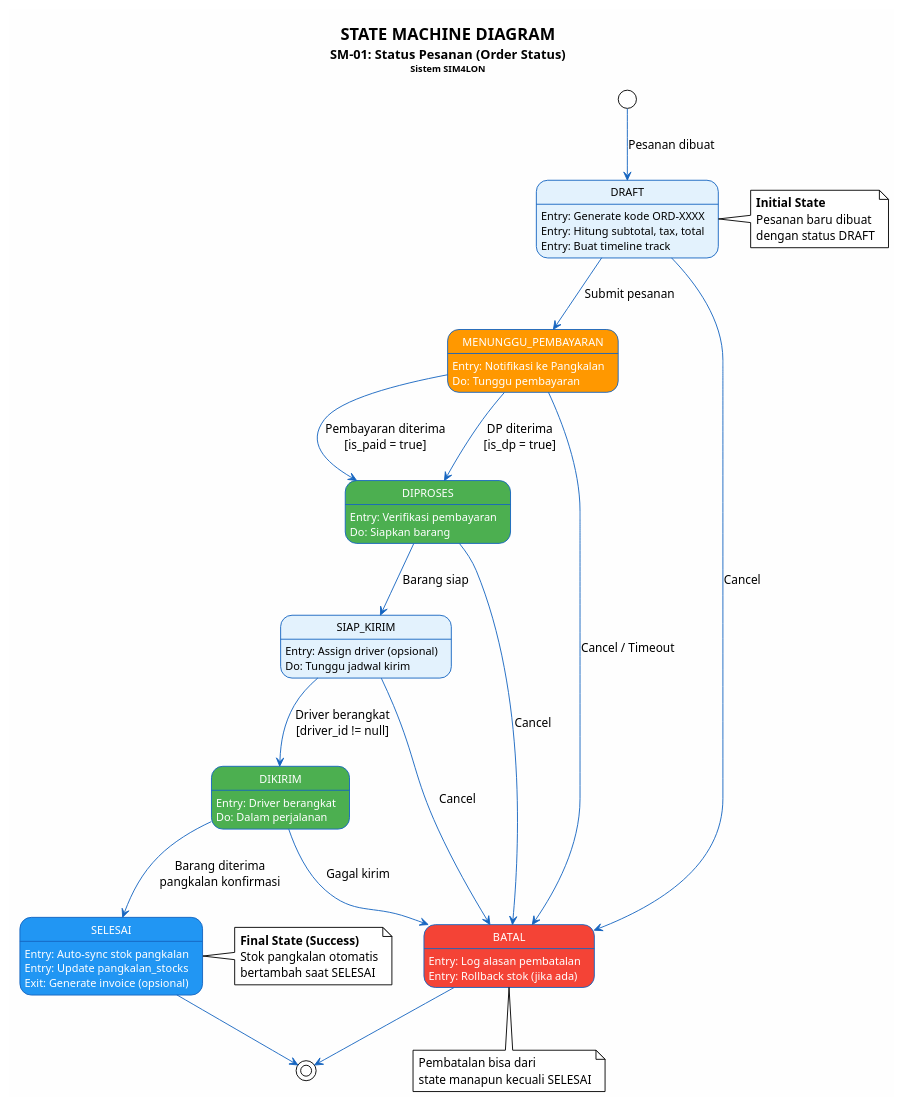
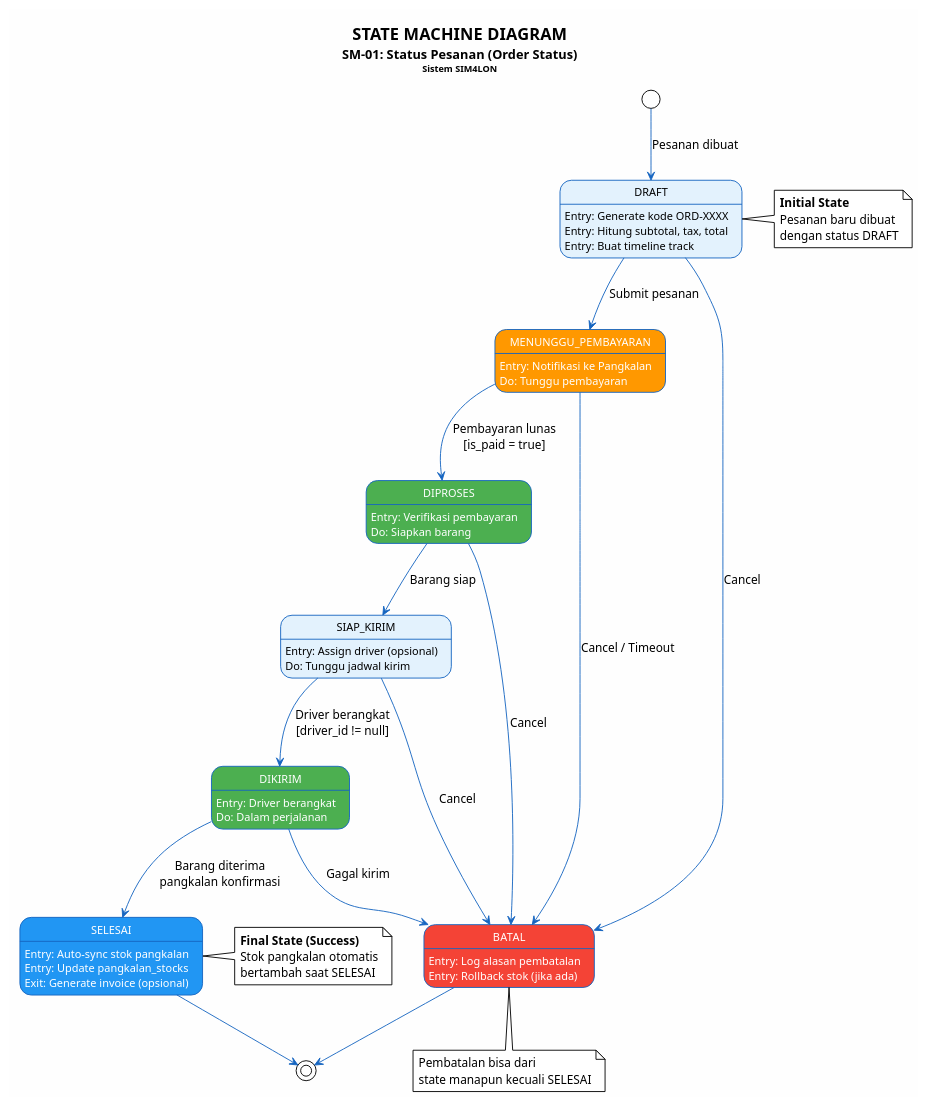
Before and after one commit to xinnxz/sim4lon: the diagram in diagrams/SM_01_StatusPesanan.puml, drawn with PlantUML. The commit also changed 97 other files, not shown here.

```diff
--- a/diagrams/SM_01_StatusPesanan.puml
+++ b/diagrams/SM_01_StatusPesanan.puml
@@ -1,96 +1,95 @@
 @startuml SM_01_OrderStatus
 !theme plain
 skinparam backgroundColor #FEFEFE
 skinparam state {
     BackgroundColor #E3F2FD
     BorderColor #1565C0
     FontSize 12
     ArrowColor #1565C0
 }
 
 skinparam state {
     BackgroundColor<<active>> #4CAF50
     FontColor<<active>> white
     BackgroundColor<<warning>> #FF9800
     FontColor<<warning>> white
     BackgroundColor<<danger>> #F44336
     FontColor<<danger>> white
     BackgroundColor<<success>> #2196F3
     FontColor<<success>> white
 }
 
 title <size:18>**STATE MACHINE DIAGRAM**</size>\n<size:14>SM-01: Status Pesanan (Order Status)</size>\n<size:10>Sistem SIM4LON</size>
 
 [*] --> DRAFT : Pesanan dibuat
 
 state DRAFT {
     DRAFT : Entry: Generate kode ORD-XXXX
     DRAFT : Entry: Hitung subtotal, tax, total
     DRAFT : Entry: Buat timeline track
 }
 
 state MENUNGGU_PEMBAYARAN <<warning>> {
     MENUNGGU_PEMBAYARAN : Entry: Notifikasi ke Pangkalan
     MENUNGGU_PEMBAYARAN : Do: Tunggu pembayaran
 }
 
 state DIPROSES <<active>> {
     DIPROSES : Entry: Verifikasi pembayaran
     DIPROSES : Do: Siapkan barang
 }
 
 state SIAP_KIRIM {
     SIAP_KIRIM : Entry: Assign driver (opsional)
     SIAP_KIRIM : Do: Tunggu jadwal kirim
 }
 
 state DIKIRIM <<active>> {
     DIKIRIM : Entry: Driver berangkat
     DIKIRIM : Do: Dalam perjalanan
 }
 
 state SELESAI <<success>> {
     SELESAI : Entry: Auto-sync stok pangkalan
     SELESAI : Entry: Update pangkalan_stocks
     SELESAI : Exit: Generate invoice (opsional)
 }
 
 state BATAL <<danger>> {
     BATAL : Entry: Log alasan pembatalan
     BATAL : Entry: Rollback stok (jika ada)
 }
 
 DRAFT --> MENUNGGU_PEMBAYARAN : Submit pesanan
-MENUNGGU_PEMBAYARAN --> DIPROSES : Pembayaran diterima\n[is_paid = true]
-MENUNGGU_PEMBAYARAN --> DIPROSES : DP diterima\n[is_dp = true]
+MENUNGGU_PEMBAYARAN --> DIPROSES : Pembayaran lunas\n[is_paid = true]
 DIPROSES --> SIAP_KIRIM : Barang siap
 SIAP_KIRIM --> DIKIRIM : Driver berangkat\n[driver_id != null]
 DIKIRIM --> SELESAI : Barang diterima\npangkalan konfirmasi
 
 DRAFT --> BATAL : Cancel
 MENUNGGU_PEMBAYARAN --> BATAL : Cancel / Timeout
 DIPROSES --> BATAL : Cancel
 SIAP_KIRIM --> BATAL : Cancel
 DIKIRIM --> BATAL : Gagal kirim
 
 SELESAI --> [*]
 BATAL --> [*]
 
 note right of DRAFT
   <b>Initial State</b>
   Pesanan baru dibuat
   dengan status DRAFT
 end note
 
 note right of SELESAI
   <b>Final State (Success)</b>
   Stok pangkalan otomatis
   bertambah saat SELESAI
 end note
 
 note bottom of BATAL
   Pembatalan bisa dari
   state manapun kecuali SELESAI
 end note
 
 @enduml
```
